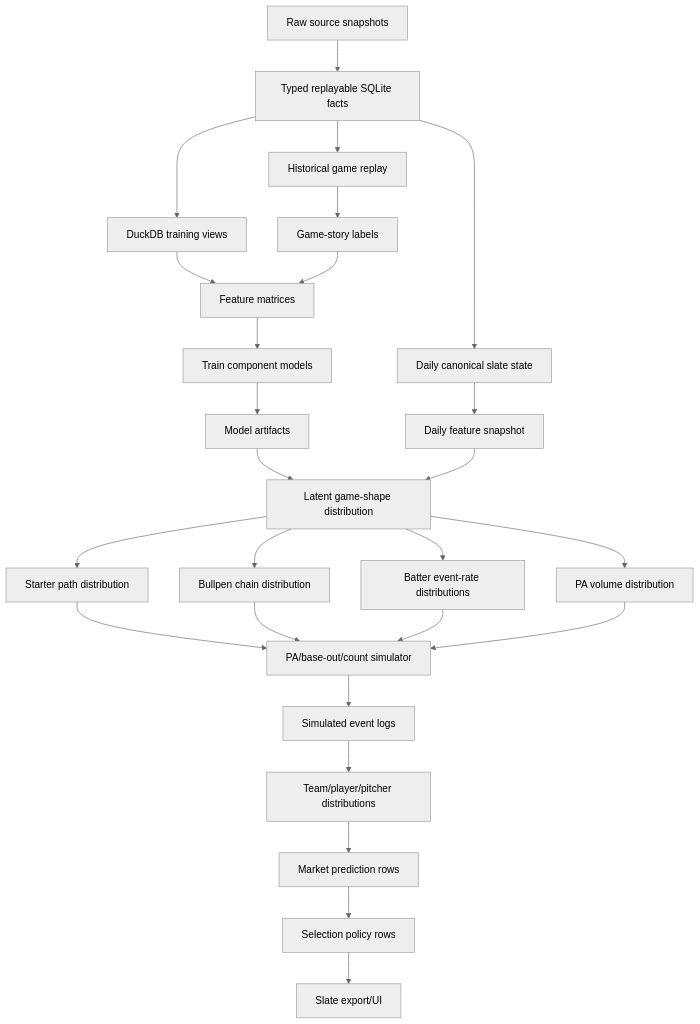
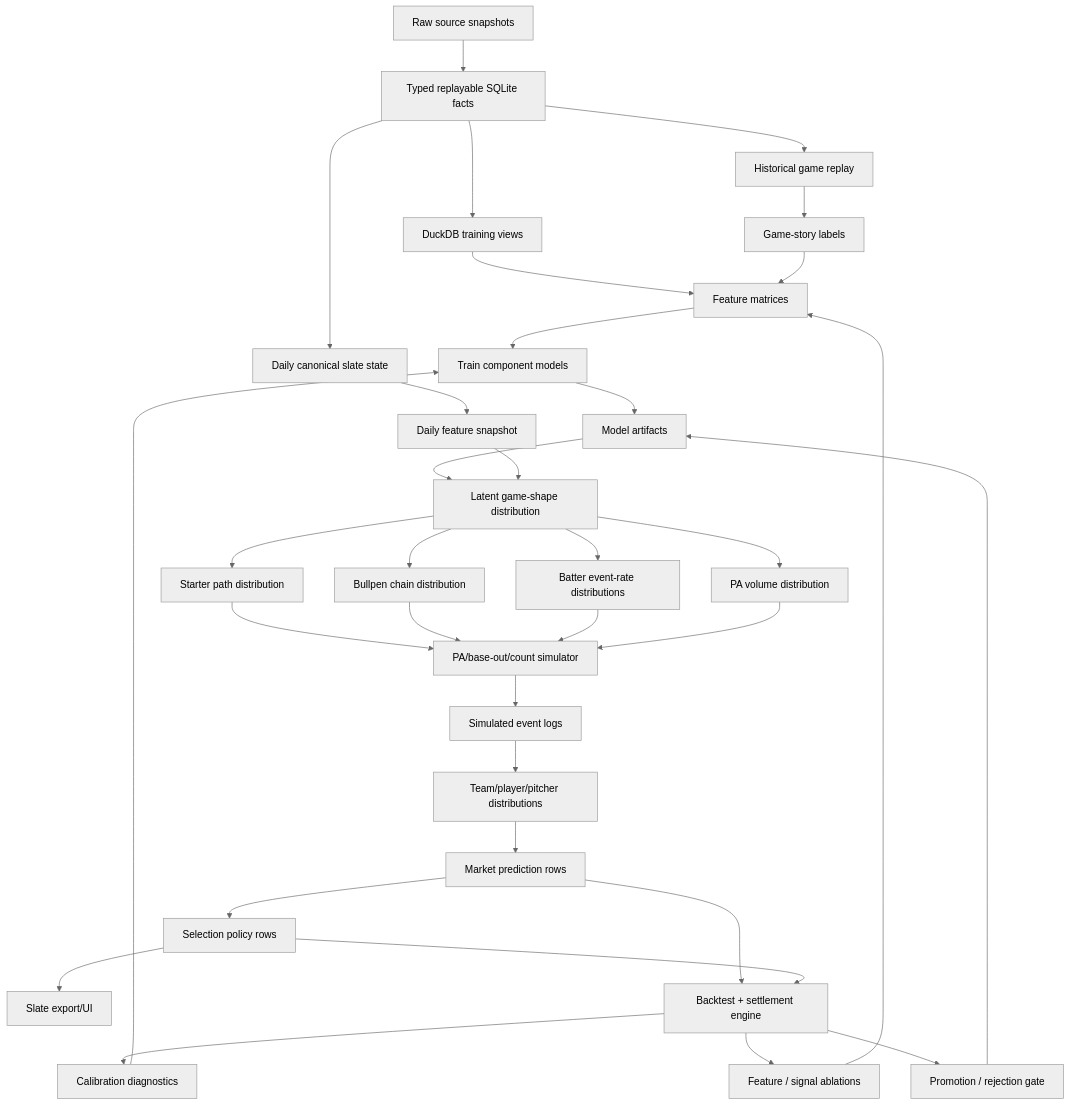
The first of 2 diagrams in development-docs/mlb/models/mlb-m3-hierarchical-simulator-architecture.md (jiancchen/SlateAi), drawn with Mermaid (neutral theme) before and after one commit. The commit also changed other lines of this file and 8 other files, not shown here.

````diff
--- a/development-docs/mlb/models/mlb-m3-hierarchical-simulator-architecture.md
+++ b/development-docs/mlb/models/mlb-m3-hierarchical-simulator-architecture.md
@@ -57,33 +61,41 @@
 ```mermaid
 flowchart TD
   A["Raw source snapshots"] --> B["Typed replayable SQLite facts"]
   B --> C["DuckDB training views"]
   B --> D["Daily canonical slate state"]
   B --> E["Historical game replay"]
   E --> F["Game-story labels"]
 
   C --> G["Feature matrices"]
   F --> G
   G --> H["Train component models"]
   H --> I["Model artifacts"]
 
   D --> J["Daily feature snapshot"]
   I --> K["Latent game-shape distribution"]
   J --> K
 
   K --> L["Starter path distribution"]
   K --> M["Bullpen chain distribution"]
   K --> N["Batter event-rate distributions"]
   K --> O["PA volume distribution"]
 
   L --> P["PA/base-out/count simulator"]
   M --> P
   N --> P
   O --> P
 
   P --> Q["Simulated event logs"]
   Q --> R["Team/player/pitcher distributions"]
   R --> S["Market prediction rows"]
   S --> T["Selection policy rows"]
   T --> U["Slate export/UI"]
+  S --> V["Backtest + settlement engine"]
+  T --> V
+  V --> W["Calibration diagnostics"]
+  V --> X["Feature / signal ablations"]
+  V --> Y["Promotion / rejection gate"]
+  W --> H
+  X --> G
+  Y --> I
 ```
````
